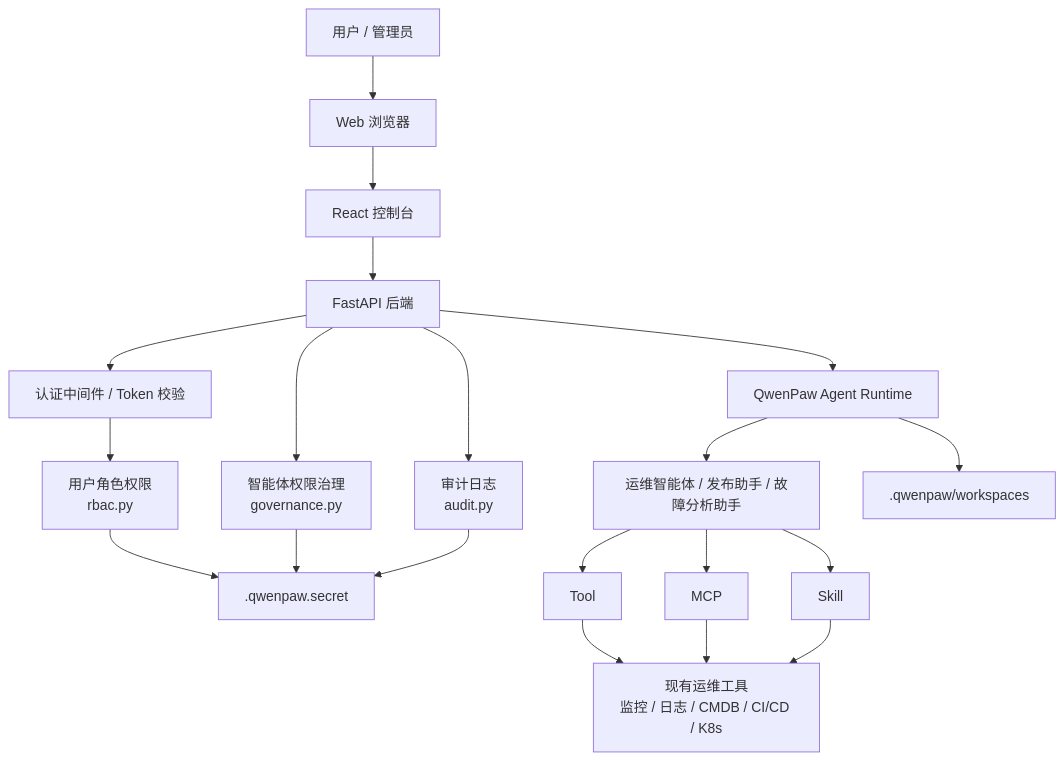
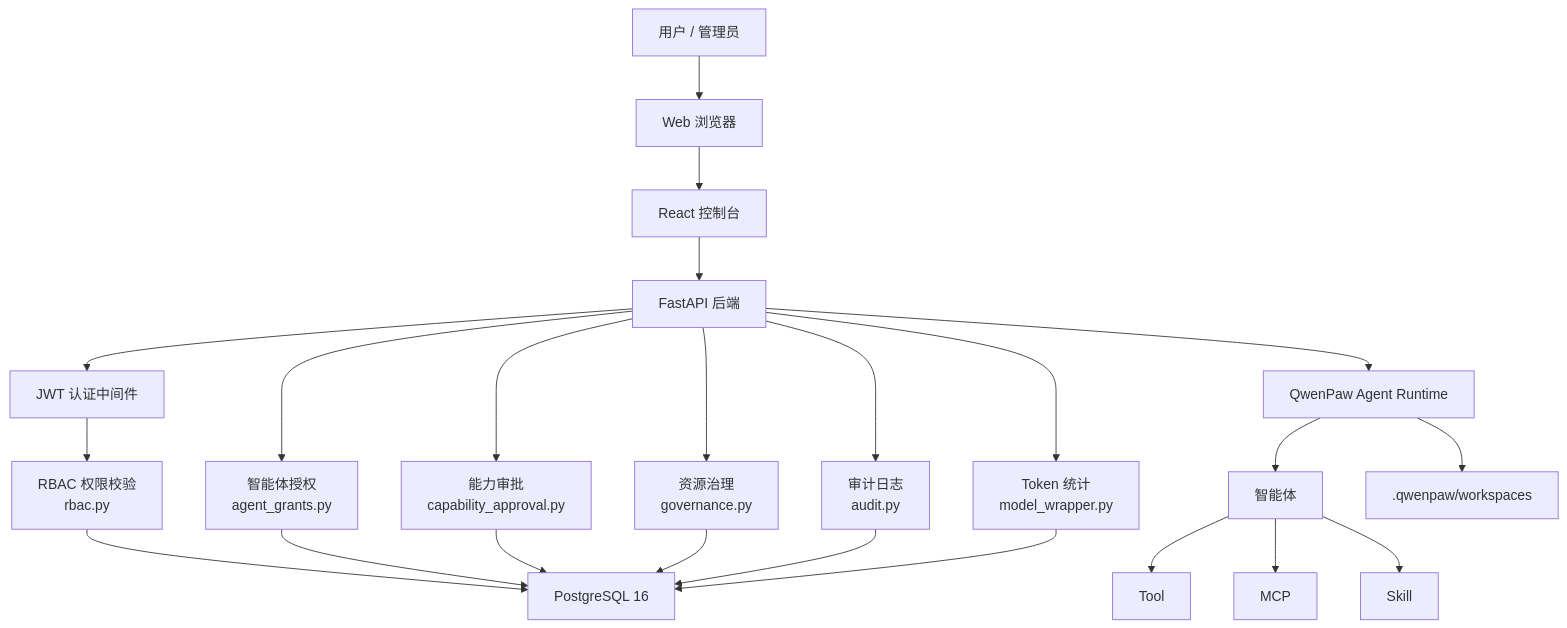
The first of 8 diagrams in docs/technical-solution.md (devjotaduo/nexora-ai-platform), drawn with Mermaid before and after one commit. The commit also changed other lines of this file and 5 other files, not shown here.

````diff
--- a/docs/technical-solution.md
+++ b/docs/technical-solution.md
@@ -93,22 +146,25 @@
 ```mermaid
 flowchart TB
     User["用户 / 管理员"] --> Browser["Web 浏览器"]
     Browser --> FE["React 控制台"]
     FE --> API["FastAPI 后端"]
-    API --> Auth["认证中间件 / Token 校验"]
-    Auth --> RBAC["用户角色权限<br/>rbac.py"]
-    API --> Governance["智能体权限治理<br/>governance.py"]
+    API --> Auth["JWT 认证中间件"]
+    Auth --> RBAC["RBAC 权限校验<br/>rbac.py"]
+    API --> AgentGrants["智能体授权<br/>agent_grants.py"]
+    API --> CapApproval["能力审批<br/>capability_approval.py"]
+    API --> Governance["资源治理<br/>governance.py"]
     API --> Audit["审计日志<br/>audit.py"]
+    API --> TokenTrack["Token 统计<br/>model_wrapper.py"]
     API --> AgentRuntime["QwenPaw Agent Runtime"]
-    AgentRuntime --> Agents["运维智能体 / 发布助手 / 故障分析助手"]
+    AgentRuntime --> Agents["智能体"]
     Agents --> Tools["Tool"]
     Agents --> MCP["MCP"]
     Agents --> Skills["Skill"]
-    Tools --> OpsTools["现有运维工具<br/>监控 / 日志 / CMDB / CI/CD / K8s"]
-    MCP --> OpsTools
-    Skills --> OpsTools
-    RBAC --> SecretData[".qwenpaw.secret"]
-    Governance --> SecretData
-    Audit --> SecretData
+    RBAC --> PG["PostgreSQL 16"]
+    AgentGrants --> PG
+    CapApproval --> PG
+    Governance --> PG
+    Audit --> PG
+    TokenTrack --> PG
     AgentRuntime --> Workspace[".qwenpaw/workspaces"]
 ```
````
